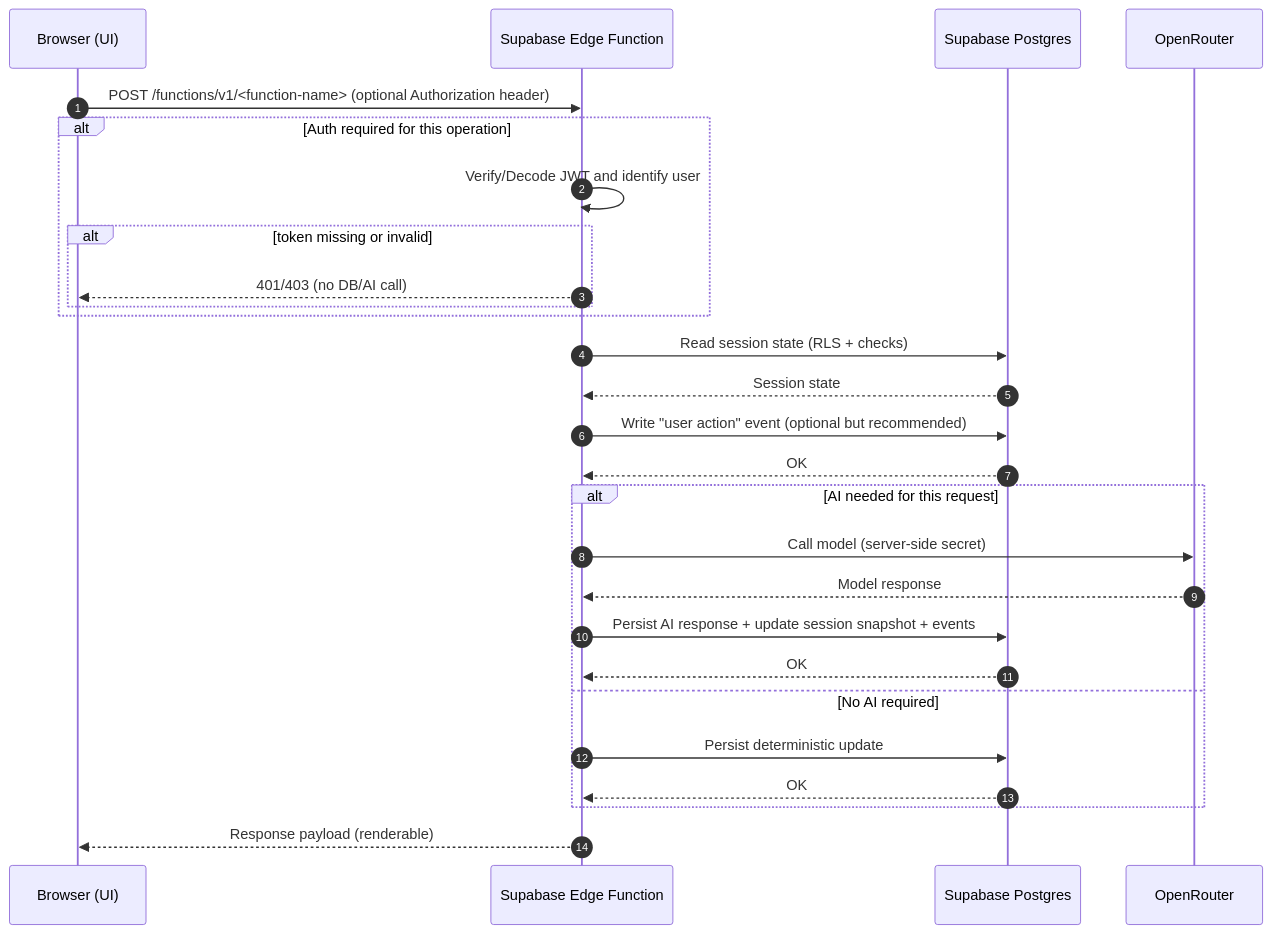
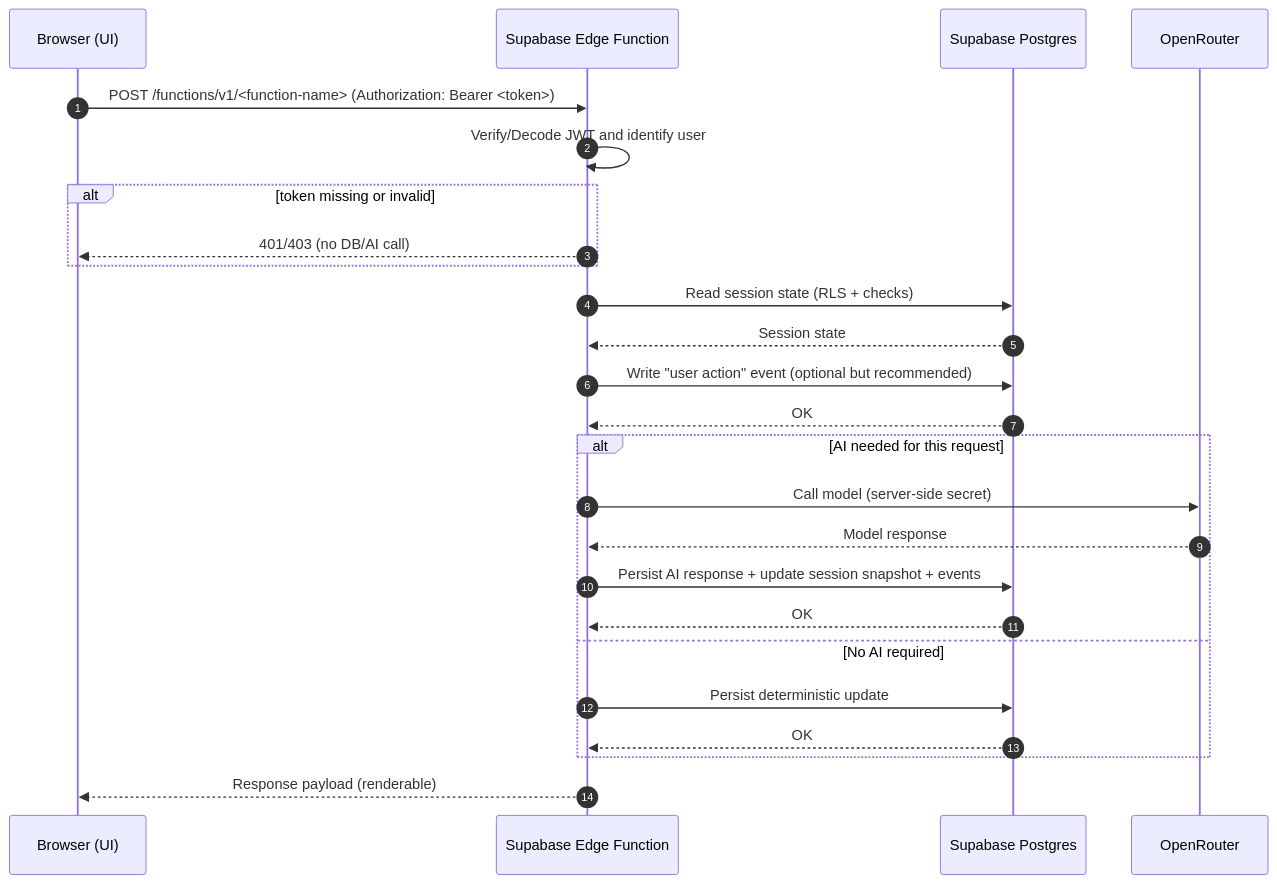
The fourth of 4 diagrams in docs/architecture.md (dinoderek/Mystery2), drawn with Mermaid before and after one commit. The commit also changed other lines of this file and 60 other files, not shown here.

````diff
--- a/docs/architecture.md
+++ b/docs/architecture.md
@@ -191,34 +191,32 @@
 ```mermaid
 sequenceDiagram
   autonumber
   participant B as Browser (UI)
   participant F as Supabase Edge Function
   participant DB as Supabase Postgres
   participant OR as OpenRouter
 
-  B->>F: POST /functions/v1/<function-name> (optional Authorization header)
-  alt Auth required for this operation
-    F->>F: Verify/Decode JWT and identify user
-    alt token missing or invalid
-      F-->>B: 401/403 (no DB/AI call)
-    end
+  B->>F: POST /functions/v1/<function-name> (Authorization: Bearer <token>)
+  F->>F: Verify/Decode JWT and identify user
+  alt token missing or invalid
+    F-->>B: 401/403 (no DB/AI call)
   end
 
   F->>DB: Read session state (RLS + checks)
   DB-->>F: Session state
 
   F->>DB: Write "user action" event (optional but recommended)
   DB-->>F: OK
 
   alt AI needed for this request
     F->>OR: Call model (server-side secret)
     OR-->>F: Model response
     F->>DB: Persist AI response + update session snapshot + events
     DB-->>F: OK
   else No AI required
     F->>DB: Persist deterministic update
     DB-->>F: OK
   end
 
   F-->>B: Response payload (renderable)
 ```
````
